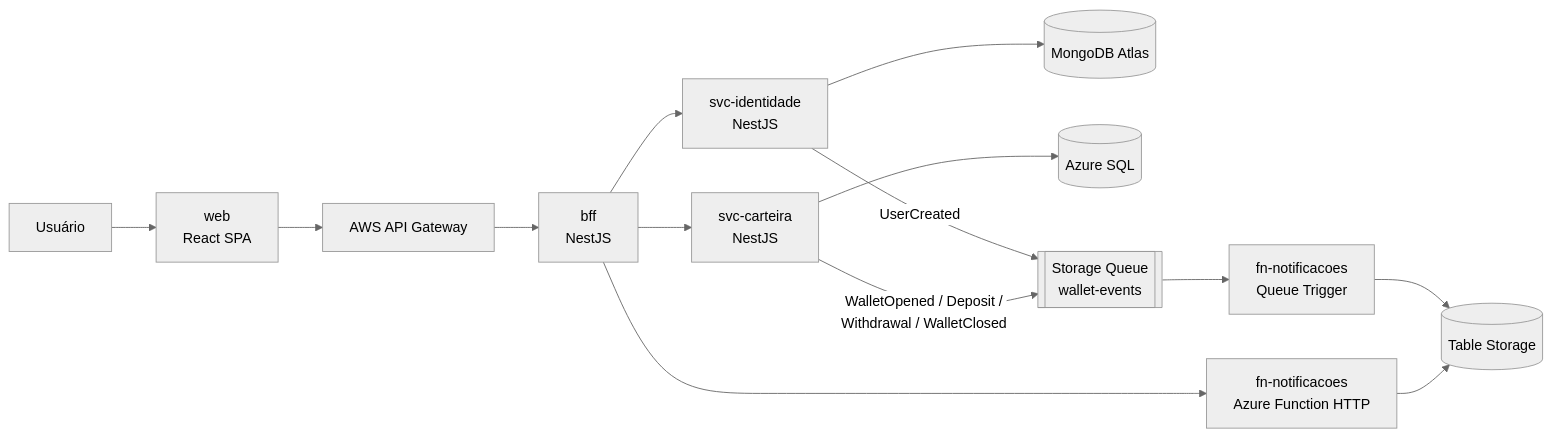
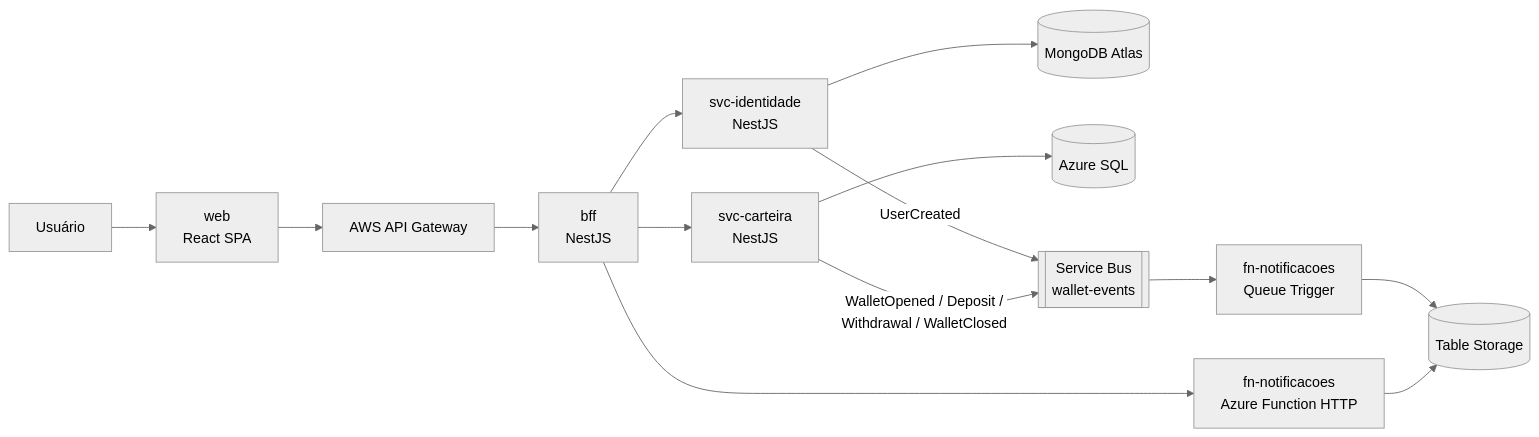
The diagram in README.md (lucasreali/digital-wallet-monorepo), drawn with Mermaid (neutral theme) before and after one commit. The commit also changed other lines of this file and 9 other files, not shown here.

Commit message:
feat(services): publish domain events to Service Bus

````diff
--- a/README.md
+++ b/README.md
@@ -24,16 +24,16 @@
 ```mermaid
 flowchart LR
   U[Usuário] --> W[web<br/>React SPA]
   W --> G[AWS API Gateway]
   G --> B[bff<br/>NestJS]
   B --> I[svc-identidade<br/>NestJS]
   B --> C[svc-carteira<br/>NestJS]
   B --> F[fn-notificacoes<br/>Azure Function HTTP]
   I --> M[(MongoDB Atlas)]
   C --> S[(Azure SQL)]
-  I -- UserCreated --> Q[[Storage Queue<br/>wallet-events]]
+  I -- UserCreated --> Q[[Service Bus<br/>wallet-events]]
   C -- WalletOpened / Deposit /<br/>Withdrawal / WalletClosed --> Q
   Q --> FT[fn-notificacoes<br/>Queue Trigger]
   FT --> T[(Table Storage)]
   F --> T
 ```
````
